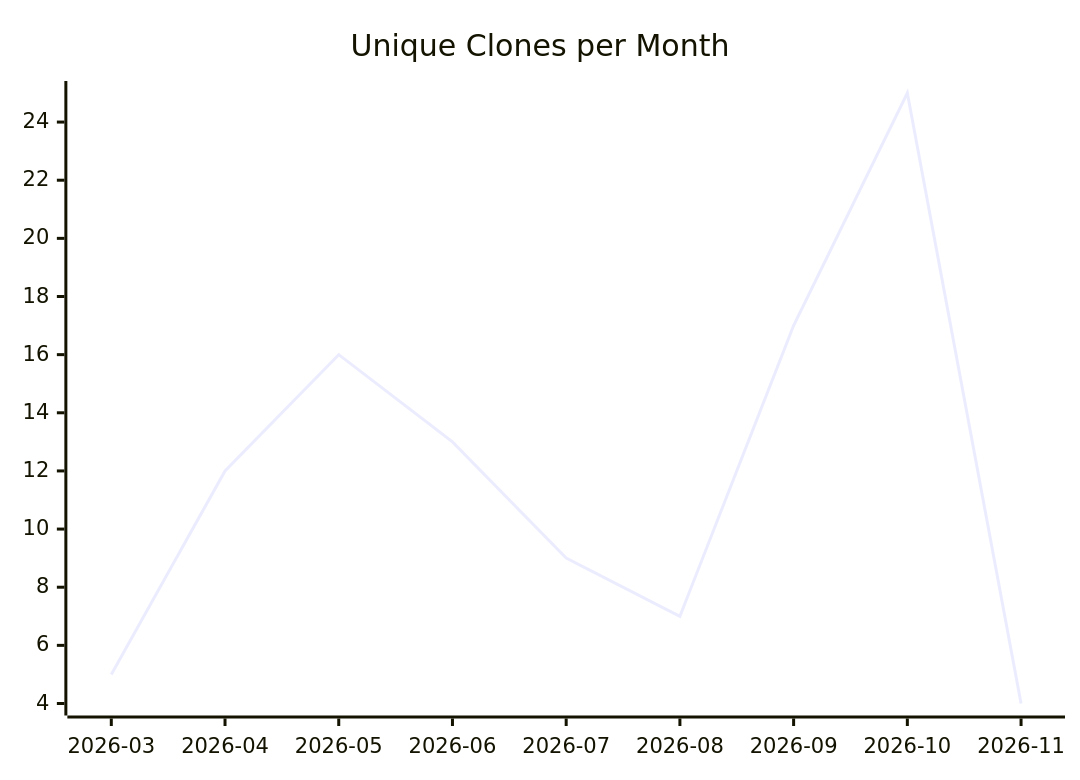
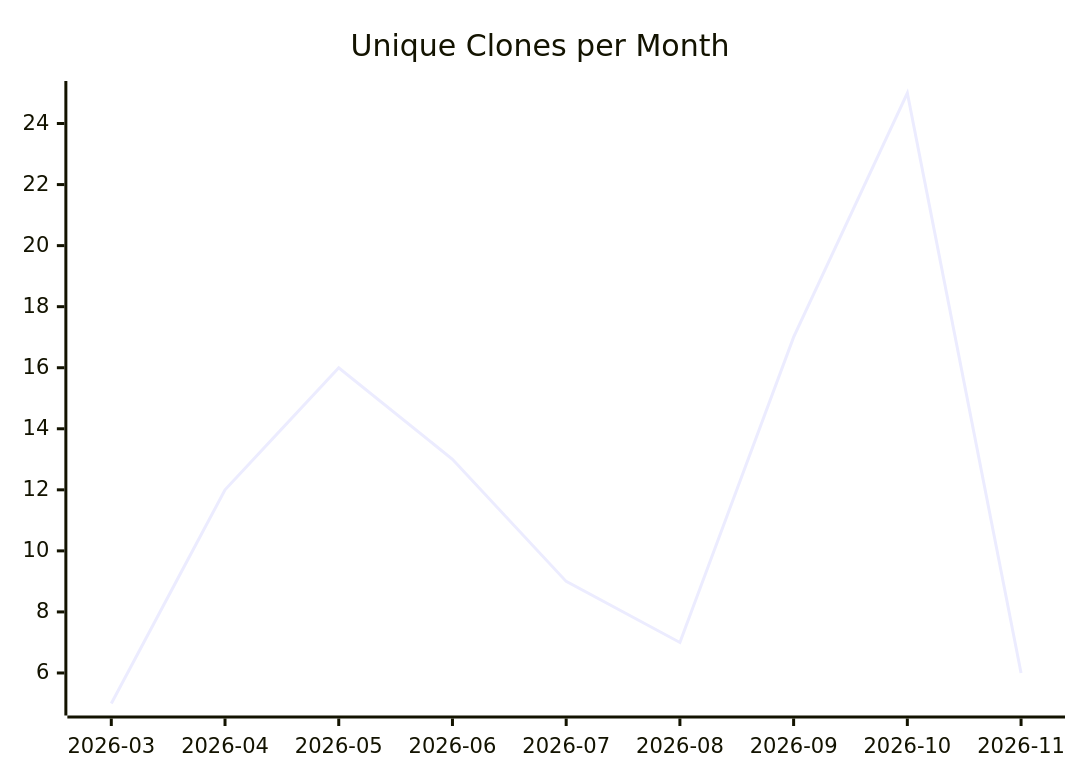
One commit to justdavis-family/github-analytics-data changed the third of 3 diagrams in karlmdavis/justdavis-karl/README.md. Above: the diagram before and after it, drawn with Mermaid. The commit also changed other lines of this file and 193 other files, not shown here.

````diff
--- a/karlmdavis/justdavis-karl/README.md
+++ b/karlmdavis/justdavis-karl/README.md
@@ -19,6 +19,6 @@
 ```mermaid
 xychart-beta
   title "Unique Clones per Month"
   x-axis ["2026-03", "2026-04", "2026-05", "2026-06", "2026-07", "2026-08", "2026-09", "2026-10", "2026-11"]
-  line [5, 12, 16, 13, 9, 7, 17, 25, 4]
+  line [5, 12, 16, 13, 9, 7, 17, 25, 6]
 ```
````
